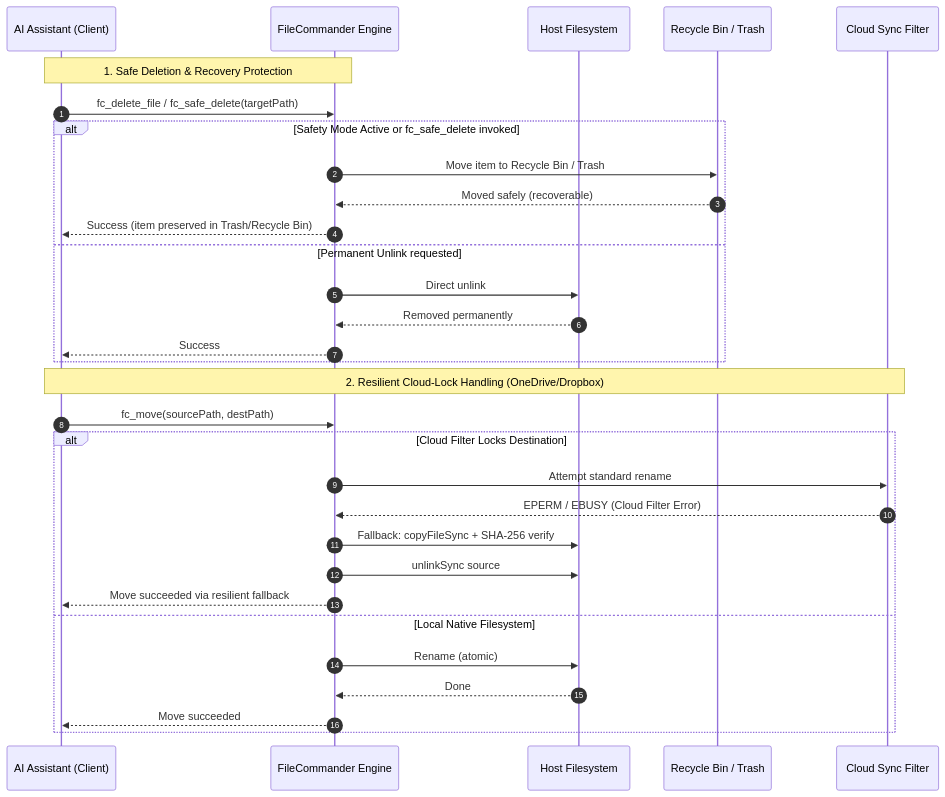
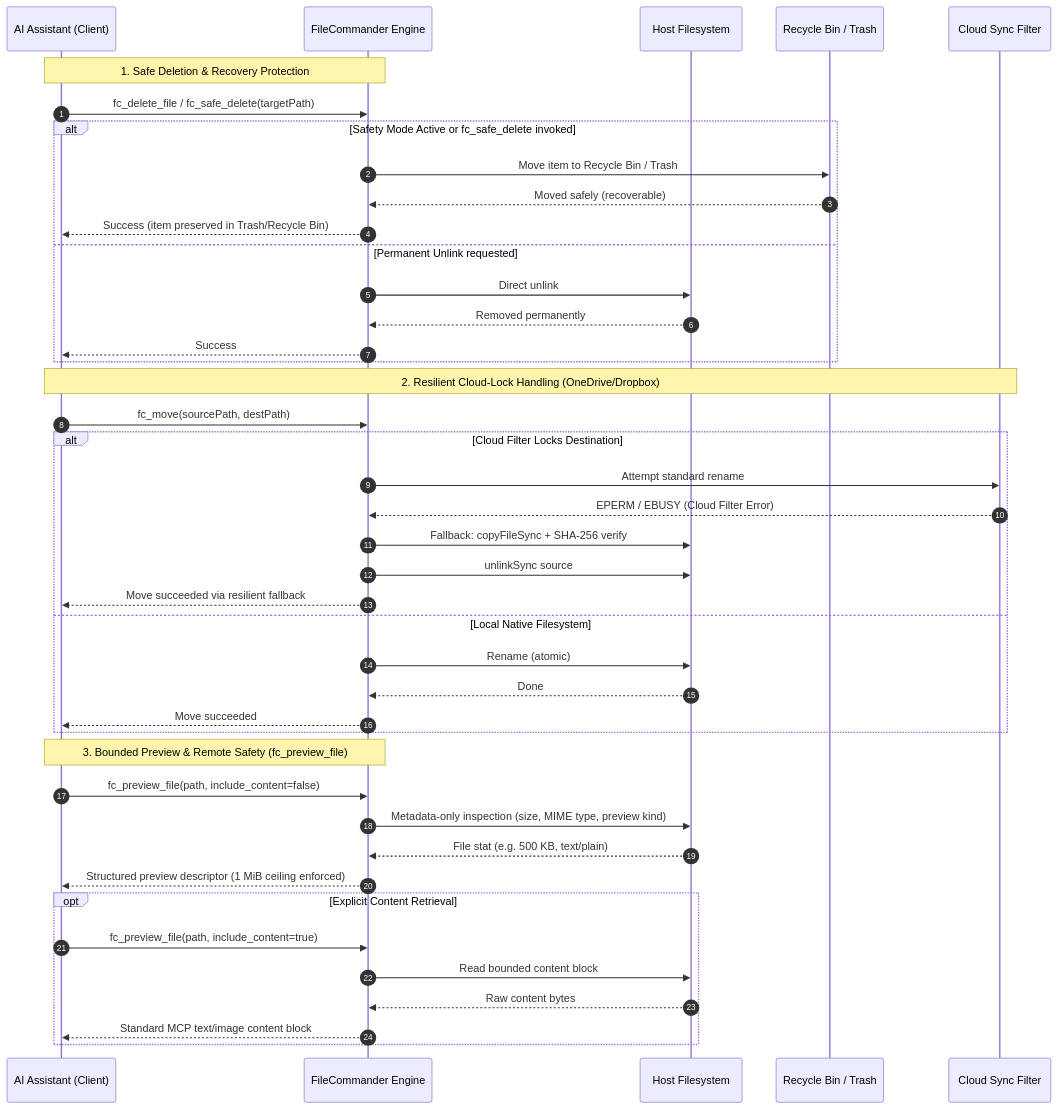
The second of 2 diagrams in README.md (ellmos-ai/ellmos-filecommander-mcp), drawn with Mermaid before and after one commit. The commit also changed other lines of this file and 2 other files, not shown here.

Commit message:
docs(marketing): Pfad B discoverability, bounded preview sequence flow & multi-client config [G 2026-11-01]

````diff
--- a/README.md
+++ b/README.md
@@ -162,35 +162,47 @@
 ```mermaid
 sequenceDiagram
     autonumber
     participant AI as AI Assistant (Client)
     participant FC as FileCommander Engine
     participant FS as Host Filesystem
     participant Trash as Recycle Bin / Trash
     participant Cloud as Cloud Sync Filter
 
     Note over AI,FC: 1. Safe Deletion & Recovery Protection
     AI->>FC: fc_delete_file / fc_safe_delete(targetPath)
     alt Safety Mode Active or fc_safe_delete invoked
         FC->>Trash: Move item to Recycle Bin / Trash
         Trash-->>FC: Moved safely (recoverable)
         FC-->>AI: Success (item preserved in Trash/Recycle Bin)
     else Permanent Unlink requested
         FC->>FS: Direct unlink
         FS-->>FC: Removed permanently
         FC-->>AI: Success
     end
 
     Note over AI,Cloud: 2. Resilient Cloud-Lock Handling (OneDrive/Dropbox)
     AI->>FC: fc_move(sourcePath, destPath)
     alt Cloud Filter Locks Destination
         FC->>Cloud: Attempt standard rename
         Cloud-->>FC: EPERM / EBUSY (Cloud Filter Error)
         FC->>FS: Fallback: copyFileSync + SHA-256 verify
         FC->>FS: unlinkSync source
         FC-->>AI: Move succeeded via resilient fallback
     else Local Native Filesystem
         FC->>FS: Rename (atomic)
         FS-->>FC: Done
         FC-->>AI: Move succeeded
     end
+
+    Note over AI,FC: 3. Bounded Preview & Remote Safety (fc_preview_file)
+    AI->>FC: fc_preview_file(path, include_content=false)
+    FC->>FS: Metadata-only inspection (size, MIME type, preview kind)
+    FS-->>FC: File stat (e.g. 500 KB, text/plain)
+    FC-->>AI: Structured preview descriptor (1 MiB ceiling enforced)
+    opt Explicit Content Retrieval
+        AI->>FC: fc_preview_file(path, include_content=true)
+        FC->>FS: Read bounded content block
+        FS-->>FC: Raw content bytes
+        FC-->>AI: Standard MCP text/image content block
+    end
 ```
````
